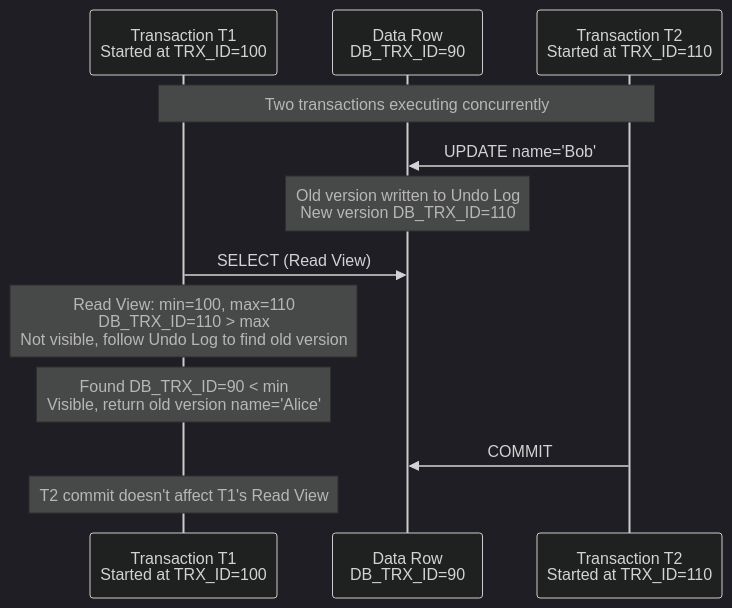
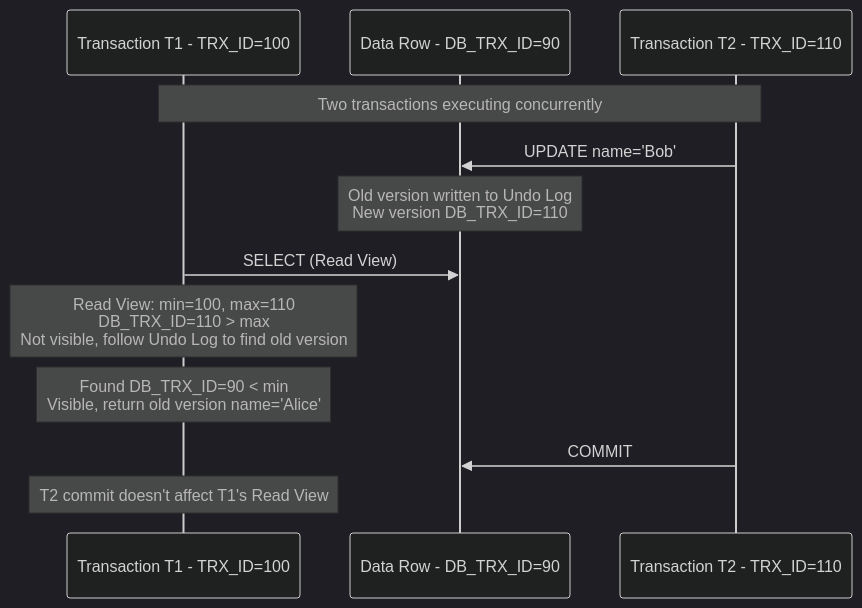
The second of 3 diagrams in _projects/en-backend-database.md (ZhouXunYou/zhouxunyou.github.io), drawn with Mermaid (dark theme) before and after one commit. The commit also changed 20 other files, not shown here.

First line of the commit message:
fix: 修复所有 Mermaid 图表语法兼容性问题

````diff
--- a/_projects/en-backend-database.md
+++ b/_projects/en-backend-database.md
@@ -79,18 +79,18 @@
 ```mermaid
 sequenceDiagram
-    participant T1 as Transaction T1<br/>Started at TRX_ID=100
-    participant DB as Data Row<br/>DB_TRX_ID=90
-    participant T2 as Transaction T2<br/>Started at TRX_ID=110
+    participant T1 as Transaction T1 - TRX_ID=100
+    participant DB as Data Row - DB_TRX_ID=90
+    participant T2 as Transaction T2 - TRX_ID=110
 
     Note over T1,T2: Two transactions executing concurrently
 
     T2->>DB: UPDATE name='Bob'
     Note over DB: Old version written to Undo Log<br/>New version DB_TRX_ID=110
 
     T1->>DB: SELECT (Read View)
     Note over T1: Read View: min=100, max=110<br/>DB_TRX_ID=110 > max<br/>Not visible, follow Undo Log to find old version
     Note over T1: Found DB_TRX_ID=90 < min<br/>Visible, return old version name='Alice'
 
     T2->>DB: COMMIT
     Note over T1: T2 commit doesn't affect T1's Read View
 ```
````
